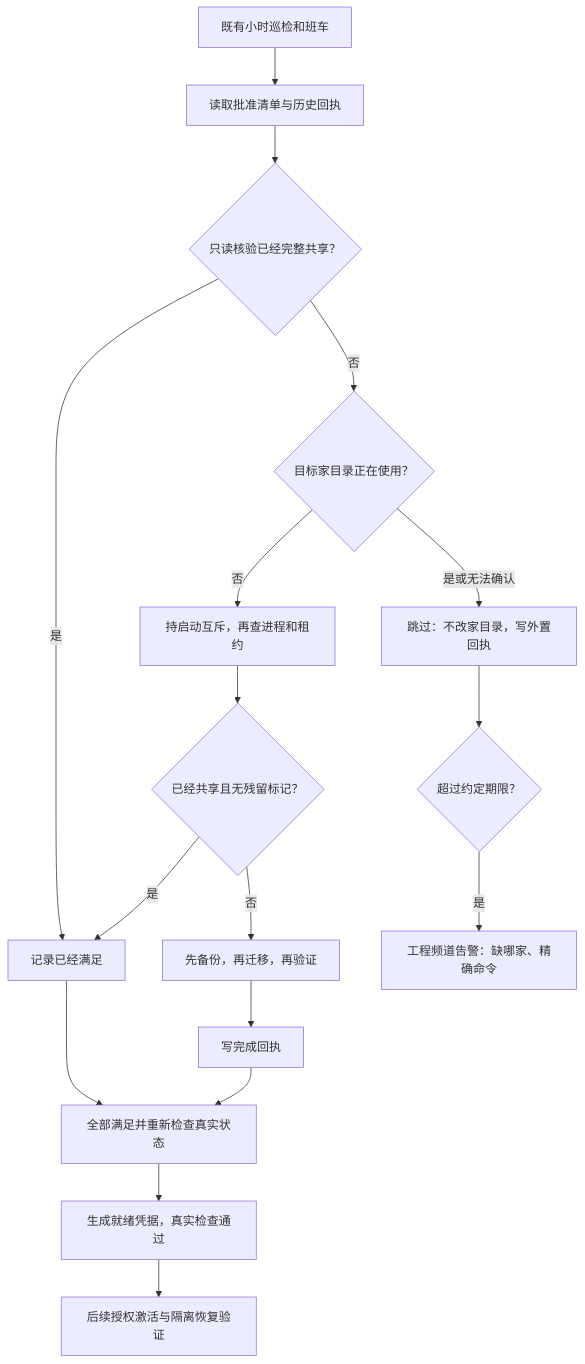
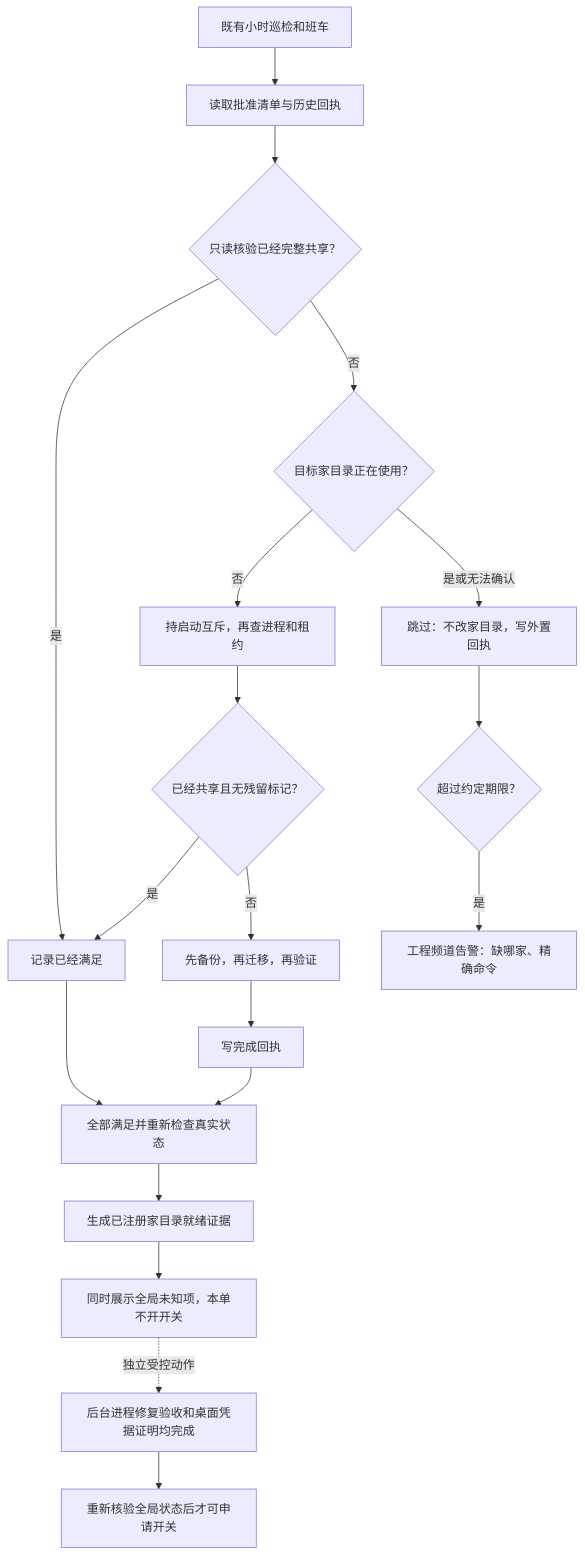
The diagram in engineering/doc/FLY-2523-quota-home-readiness/flow.mmd (xrliAnnie/flywheel-qa-sandbox), drawn with Mermaid before and after one commit. The commit also changed 7 other files, not shown here.

```diff
--- a/engineering/doc/FLY-2523-quota-home-readiness/flow.mmd
+++ b/engineering/doc/FLY-2523-quota-home-readiness/flow.mmd
@@ -1,17 +1,19 @@
 flowchart TD
  A[既有小时巡检和班车] --> B[读取批准清单与历史回执]
  B --> S{只读核验已经完整共享？}
  S -->|是| G[记录已经满足]
  S -->|否| C{目标家目录正在使用？}
  C -->|是或无法确认| D[跳过：不改家目录，写外置回执]
  C -->|否| E[持启动互斥，再查进程和租约]
  E --> F{已经共享且无残留标记？}
  F -->|是| G
  F -->|否| H[先备份，再迁移，再验证]
  H --> I[写完成回执]
  D --> J{超过约定期限？}
  J -->|是| K[工程频道告警：缺哪家、精确命令]
  G --> L[全部满足并重新检查真实状态]
  I --> L
- L --> M[生成就绪凭据，真实检查通过]
- M --> N[后续授权激活与隔离恢复验证]
+ L --> M[生成已注册家目录就绪证据]
+ M --> N[同时展示全局未知项，本单不开开关]
+ N -. 独立受控动作 .-> O[后台进程修复验收和桌面凭据证明均完成]
+ O --> P[重新核验全局状态后才可申请开关]
```
